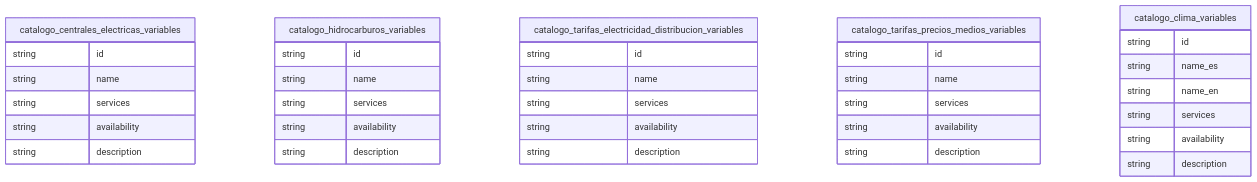
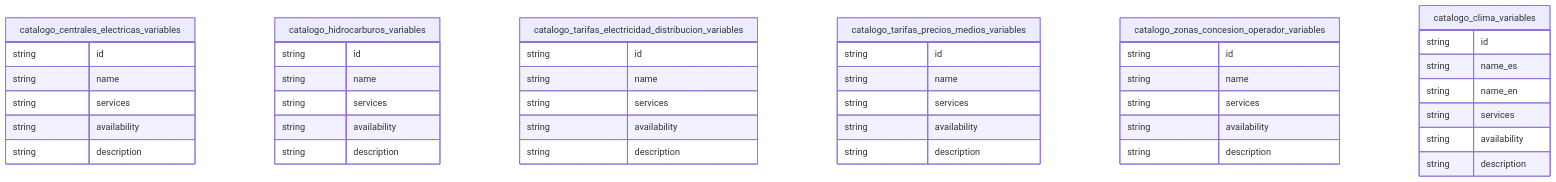
The third of 5 diagrams in README.md (DiegoMonteroCRC/Prediccion_Consumo_Energia_Costa_Rica), drawn with Mermaid before and after one commit. The commit also changed other lines of this file and 16 other files, not shown here.

First line of the commit message:
docs/Se actualiza el README con diagramas del DW y estructura ETL vigente

````diff
--- a/README.md
+++ b/README.md
@@ -289,43 +299,51 @@
 ```mermaid
 erDiagram
     catalogo_centrales_electricas_variables {
         string id
         string name
         string services
         string availability
         string description
     }
 
     catalogo_hidrocarburos_variables {
         string id
         string name
         string services
         string availability
         string description
     }
 
     catalogo_tarifas_electricidad_distribucion_variables {
         string id
         string name
         string services
         string availability
         string description
     }
 
     catalogo_tarifas_precios_medios_variables {
         string id
         string name
         string services
         string availability
         string description
     }
 
+    catalogo_zonas_concesion_operador_variables {
+        string id
+        string name
+        string services
+        string availability
+        string description
+    }
+
     catalogo_clima_variables {
         string id
         string name_es
         string name_en
         string services
         string availability
         string description
     }
 ```
````
